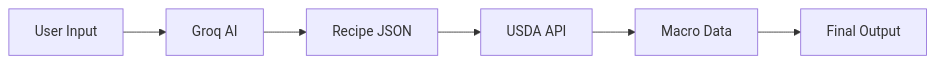
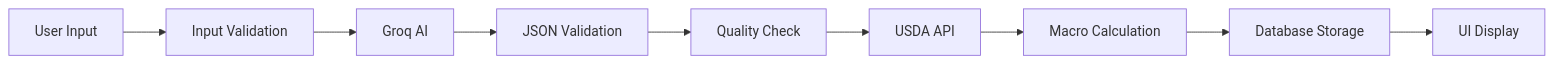
One commit to shaunn17/NutrifyAI changed the diagram in README.md. Above: the diagram before and after it, drawn with Mermaid. The commit also changed other lines of this file, not shown here.

````diff
--- a/README.md
+++ b/README.md
@@ -216,8 +201,11 @@
 ```mermaid
 graph LR
-    A[User Input] --> B[Groq AI]
-    B --> C[Recipe JSON]
-    C --> D[USDA API]
-    D --> E[Macro Data]
-    E --> F[Final Output]
+    A[User Input] --> B[Input Validation]
+    B --> C[Groq AI]
+    C --> D[JSON Validation]
+    D --> E[Quality Check]
+    E --> F[USDA API]
+    F --> G[Macro Calculation]
+    G --> H[Database Storage]
+    H --> I[UI Display]
 ```
````
